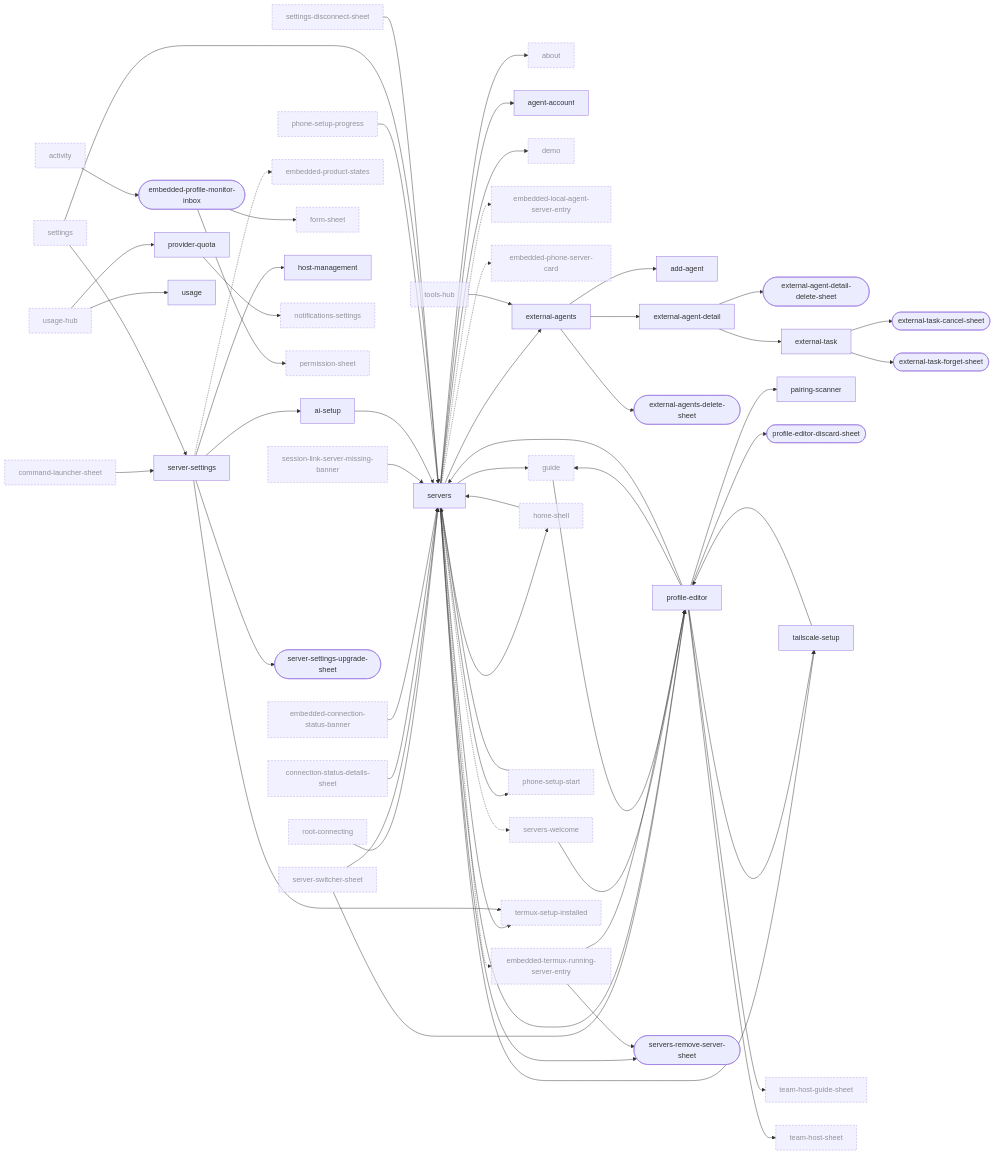
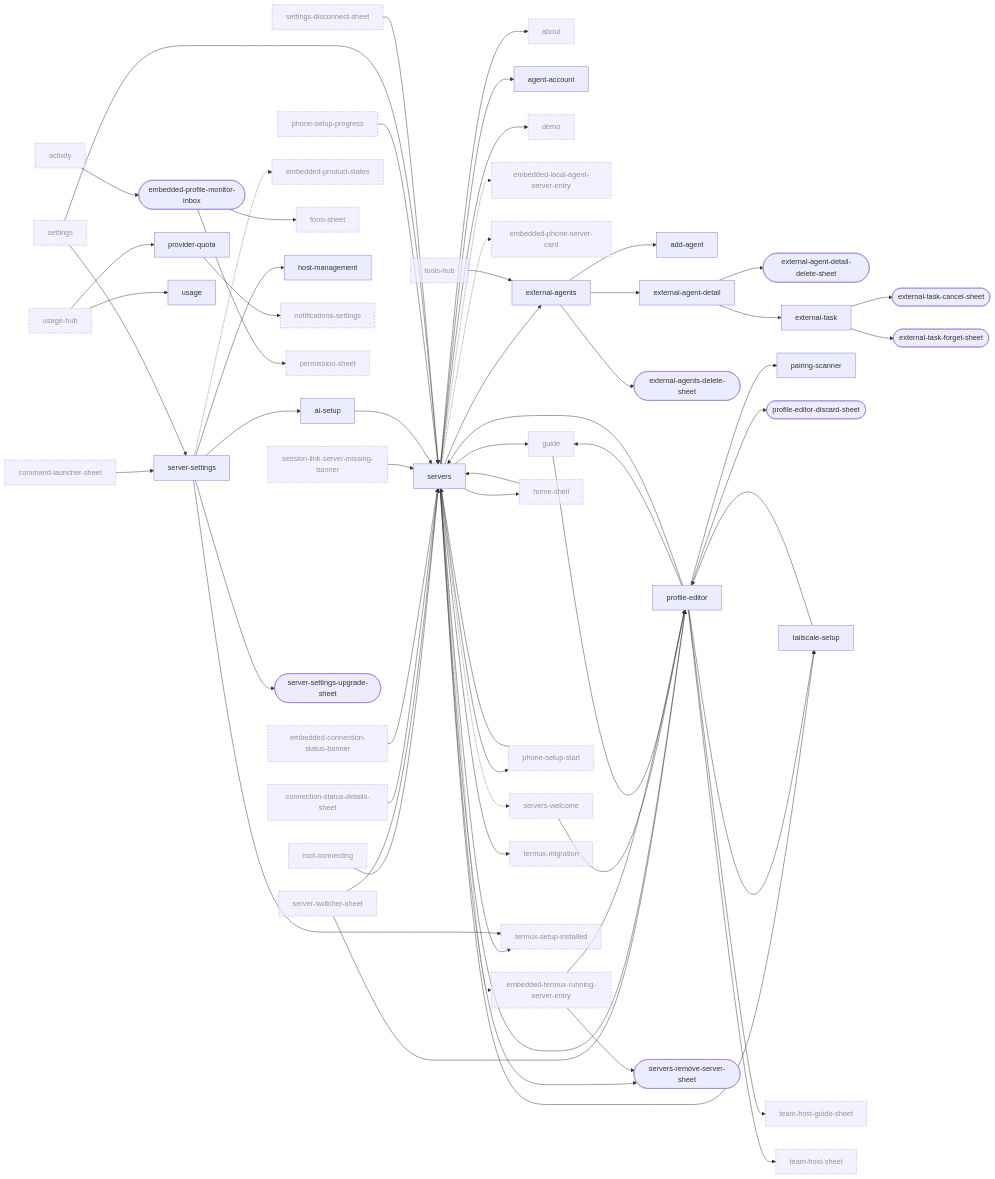
One commit to Breskott/opencode-mobile-next changed the fifth of 10 diagrams in docs/design/ui-ledger/navigation.md. Above: the diagram before and after it, drawn with Mermaid. The commit also changed other lines of this file and 9 other files, not shown here.

````diff
--- a/docs/design/ui-ledger/navigation.md
+++ b/docs/design/ui-ledger/navigation.md
@@ -705,6 +705,7 @@
   tailscale_setup["tailscale-setup"]
   team_host_guide_sheet["team-host-guide-sheet"]:::ext
   team_host_sheet["team-host-sheet"]:::ext
+  termux_migration["termux-migration"]:::ext
   termux_setup_installed["termux-setup-installed"]:::ext
   tools_hub["tools-hub"]:::ext
   usage["usage"]
@@ -769,5 +770,6 @@
   servers -.-> embedded_local_agent_server_entry
   servers --> phone_setup_start
   servers -.-> embedded_phone_server_card
+  servers --> termux_migration
   classDef ext stroke-dasharray: 4 3,opacity:0.7
 ```
````
